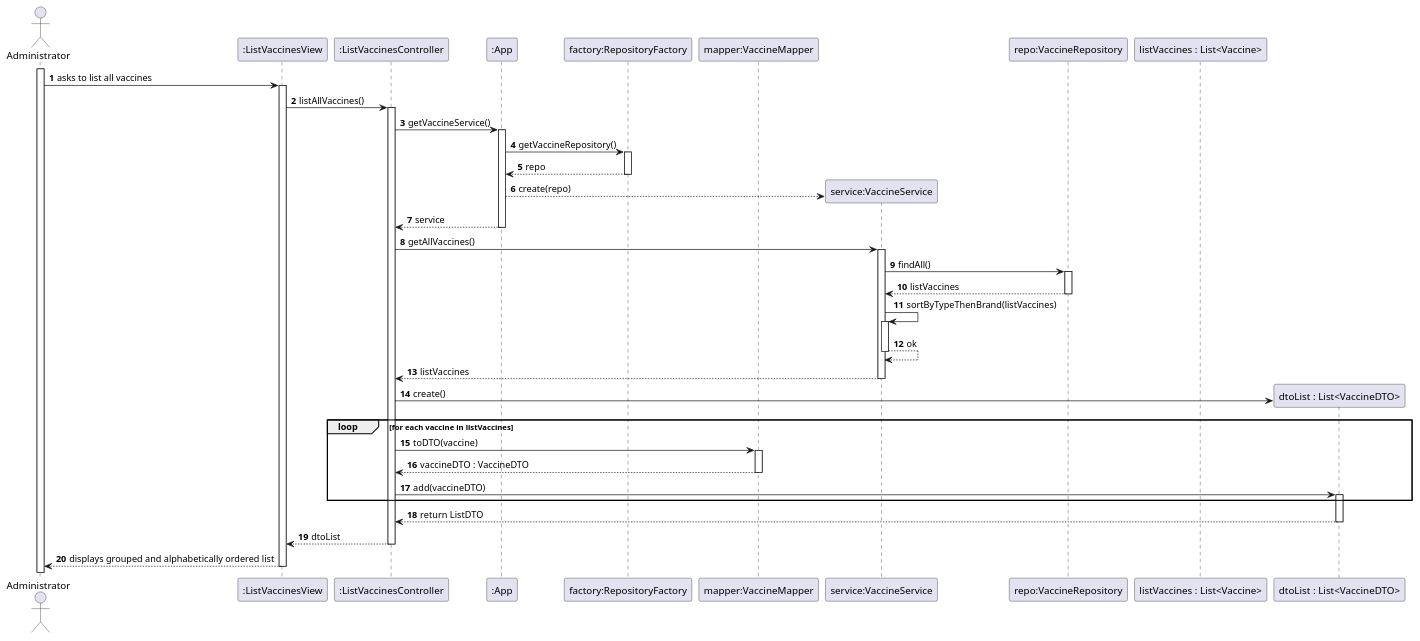
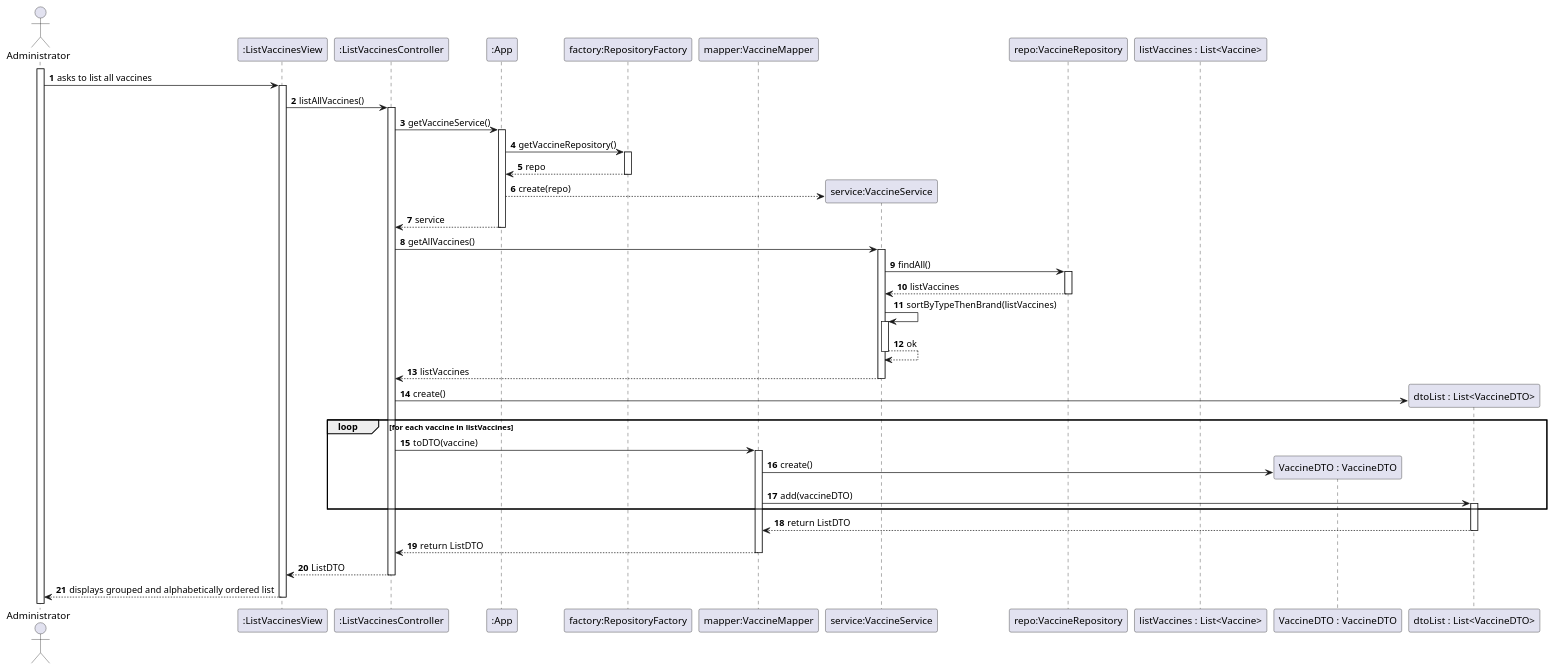
Before and after one commit to Parafita123/leti-esoft-25-26-B1: the diagram in docs/system-documentation/US12/puml/US12-SD.puml, drawn with PlantUML. The commit also changed 1 other file, not shown here.

```diff
--- a/docs/system-documentation/US12/puml/US12-SD.puml
+++ b/docs/system-documentation/US12/puml/US12-SD.puml
@@ -1,53 +1,56 @@
 @startuml
 
 autoactivate on
 autonumber
 
 actor "Administrator" as Admin
 participant ":ListVaccinesView" as View
 participant ":ListVaccinesController" as Ctrl
 participant ":App" as App
 participant "factory:RepositoryFactory" as Factory
 participant "mapper:VaccineMapper" as Mapper
 participant "service:VaccineService" as Service
 participant "repo:VaccineRepository" as Repo
 participant "listVaccines : List<Vaccine>" as ListVaccines
+participant "VaccineDTO : VaccineDTO" as vaccineDTO
 participant "dtoList : List<VaccineDTO>" as ListDTO
 
 activate Admin
 
 Admin -> View: asks to list all vaccines
 View -> Ctrl: listAllVaccines()
 
 '--- 1. Orchestration / Dependency Injection ---
 Ctrl -> App: getVaccineService()
 App -> Factory : getVaccineRepository()
 Factory --> App: repo
 App --> Service**: create(repo)
 App --> Ctrl: service
 
 ' Mapper is assumed to be available/injected
 
 '--- 2. Domain: Data Access and Business Rule ---
 Ctrl -> Service: getAllVaccines()
 Service -> Repo: findAll()
 
 Repo --> Service: listVaccines
 Service -> Service: sortByTypeThenBrand(listVaccines)
 Service --> Service: ok
 Service --> Ctrl: listVaccines
 
 '--- 3. DTO Mapping (UI never sees domain) ---
 Ctrl -> ListDTO**: create()
 loop for each vaccine in listVaccines
     Ctrl -> Mapper: toDTO(vaccine)
-    Mapper --> Ctrl: vaccineDTO : VaccineDTO
-    Ctrl -> ListDTO: add(vaccineDTO)
+    Mapper -> vaccineDTO**: create()
+    Mapper -> ListDTO: add(vaccineDTO)
 end loop
-ListDTO --> Ctrl : return ListDTO
-Ctrl --> View: dtoList
+ListDTO --> Mapper : return ListDTO
+Mapper --> Ctrl : return ListDTO
+Ctrl --> View: ListDTO
+
 
 '--- 4. Presentation ---
 View --> Admin: displays grouped and alphabetically ordered list
 
 @enduml
```
